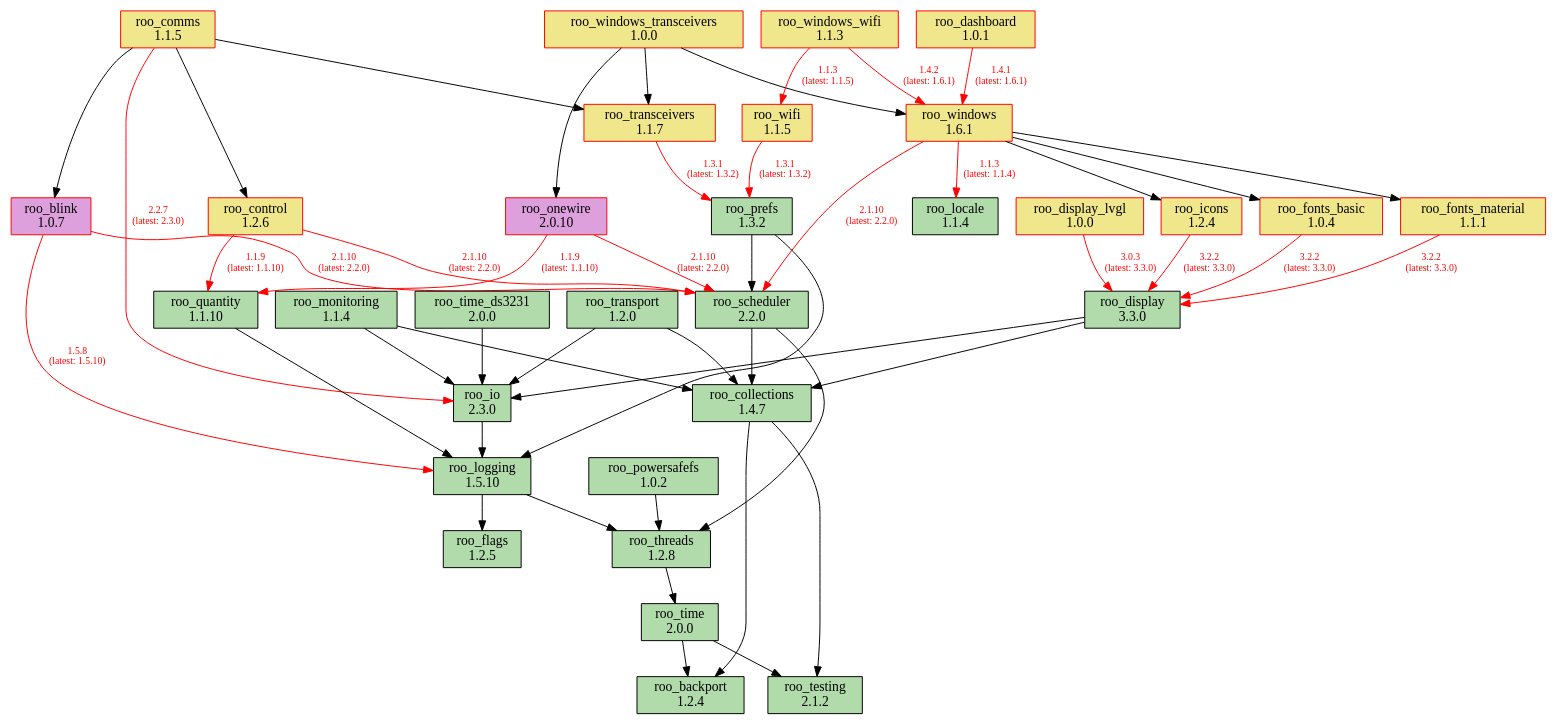
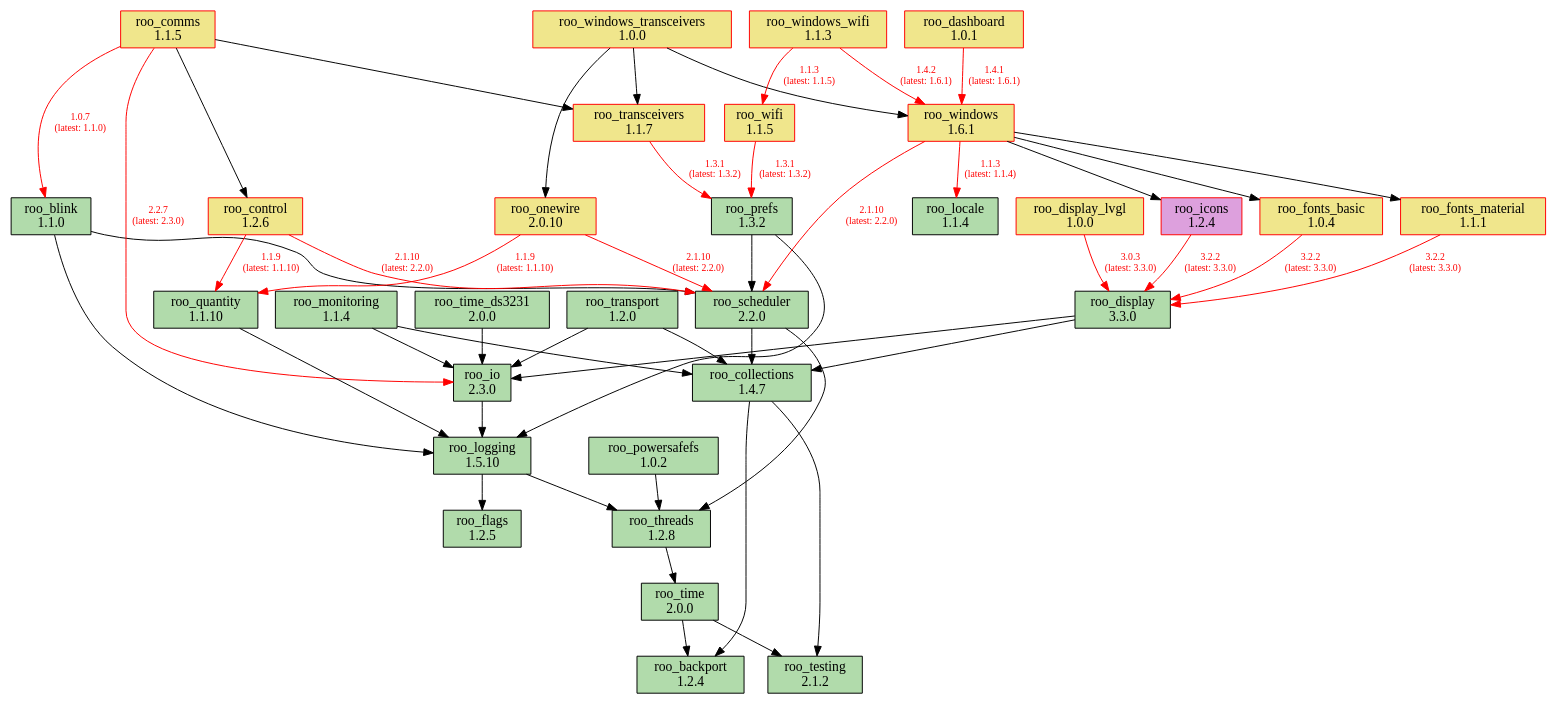
One commit to dejwk/roo-registry changed the diagram in doc/dependencies.dot. Above: the diagram before and after it, drawn with Graphviz. The commit also changed 3 other files, not shown here.

Commit message:
Added roo_blink 1.1.0 to the registry.

```diff
--- a/doc/dependencies.dot
+++ b/doc/dependencies.dot
@@ -1,88 +1,88 @@
 digraph dependencies {
     rankdir=TB;
     node [shape=box, style=filled];
     edge [fontsize=10];
 
     // Modules
     "roo_backport" [label="roo_backport\n1.2.4", fillcolor="#b1dbab", color="black"];
-    "roo_blink" [label="roo_blink\n1.0.7", fillcolor="plum", color="red"];
+    "roo_blink" [label="roo_blink\n1.1.0", fillcolor="#b1dbab", color="black"];
     "roo_collections" [label="roo_collections\n1.4.7", fillcolor="#b1dbab", color="black"];
     "roo_comms" [label="roo_comms\n1.1.5", fillcolor="khaki", color="red"];
     "roo_control" [label="roo_control\n1.2.6", fillcolor="khaki", color="red"];
     "roo_dashboard" [label="roo_dashboard\n1.0.1", fillcolor="khaki", color="red"];
     "roo_display" [label="roo_display\n3.3.0", fillcolor="#b1dbab", color="black"];
     "roo_display_lvgl" [label="roo_display_lvgl\n1.0.0", fillcolor="khaki", color="red"];
     "roo_flags" [label="roo_flags\n1.2.5", fillcolor="#b1dbab", color="black"];
     "roo_fonts_basic" [label="roo_fonts_basic\n1.0.4", fillcolor="khaki", color="red"];
     "roo_fonts_material" [label="roo_fonts_material\n1.1.1", fillcolor="khaki", color="red"];
-    "roo_icons" [label="roo_icons\n1.2.4", fillcolor="khaki", color="red"];
+    "roo_icons" [label="roo_icons\n1.2.4", fillcolor="plum", color="red"];
     "roo_io" [label="roo_io\n2.3.0", fillcolor="#b1dbab", color="black"];
     "roo_locale" [label="roo_locale\n1.1.4", fillcolor="#b1dbab", color="black"];
     "roo_logging" [label="roo_logging\n1.5.10", fillcolor="#b1dbab", color="black"];
     "roo_monitoring" [label="roo_monitoring\n1.1.4", fillcolor="#b1dbab", color="black"];
-    "roo_onewire" [label="roo_onewire\n2.0.10", fillcolor="plum", color="red"];
+    "roo_onewire" [label="roo_onewire\n2.0.10", fillcolor="khaki", color="red"];
     "roo_powersafefs" [label="roo_powersafefs\n1.0.2", fillcolor="#b1dbab", color="black"];
     "roo_prefs" [label="roo_prefs\n1.3.2", fillcolor="#b1dbab", color="black"];
     "roo_quantity" [label="roo_quantity\n1.1.10", fillcolor="#b1dbab", color="black"];
     "roo_scheduler" [label="roo_scheduler\n2.2.0", fillcolor="#b1dbab", color="black"];
     "roo_testing" [label="roo_testing\n2.1.2", fillcolor="#b1dbab", color="black"];
     "roo_threads" [label="roo_threads\n1.2.8", fillcolor="#b1dbab", color="black"];
     "roo_time" [label="roo_time\n2.0.0", fillcolor="#b1dbab", color="black"];
     "roo_time_ds3231" [label="roo_time_ds3231\n2.0.0", fillcolor="#b1dbab", color="black"];
     "roo_transceivers" [label="roo_transceivers\n1.1.7", fillcolor="khaki", color="red"];
     "roo_transport" [label="roo_transport\n1.2.0", fillcolor="#b1dbab", color="black"];
     "roo_wifi" [label="roo_wifi\n1.1.5", fillcolor="khaki", color="red"];
     "roo_windows" [label="roo_windows\n1.6.1", fillcolor="khaki", color="red"];
     "roo_windows_transceivers" [label="roo_windows_transceivers\n1.0.0", fillcolor="khaki", color="red"];
     "roo_windows_wifi" [label="roo_windows_wifi\n1.1.3", fillcolor="khaki", color="red"];
 
     // Dependencies
-    "roo_blink" -> "roo_logging" [color=red, fontcolor=red, label="1.5.8\n(latest: 1.5.10)"];
-    "roo_blink" -> "roo_scheduler" [color=red, fontcolor=red, label="2.1.10\n(latest: 2.2.0)"];
+    "roo_blink" -> "roo_logging";
+    "roo_blink" -> "roo_scheduler";
     "roo_collections" -> "roo_testing";
     "roo_collections" -> "roo_backport";
-    "roo_comms" -> "roo_blink";
+    "roo_comms" -> "roo_blink" [color=red, fontcolor=red, label="1.0.7\n(latest: 1.1.0)"];
     "roo_comms" -> "roo_control";
     "roo_comms" -> "roo_io" [color=red, fontcolor=red, label="2.2.7\n(latest: 2.3.0)"];
     "roo_comms" -> "roo_transceivers";
     "roo_control" -> "roo_quantity" [color=red, fontcolor=red, label="1.1.9\n(latest: 1.1.10)"];
     "roo_control" -> "roo_scheduler" [color=red, fontcolor=red, label="2.1.10\n(latest: 2.2.0)"];
     "roo_dashboard" -> "roo_windows" [color=red, fontcolor=red, label="1.4.1\n(latest: 1.6.1)"];
     "roo_display" -> "roo_collections";
     "roo_display" -> "roo_io";
     "roo_display_lvgl" -> "roo_display" [color=red, fontcolor=red, label="3.0.3\n(latest: 3.3.0)"];
     "roo_fonts_basic" -> "roo_display" [color=red, fontcolor=red, label="3.2.2\n(latest: 3.3.0)"];
     "roo_fonts_material" -> "roo_display" [color=red, fontcolor=red, label="3.2.2\n(latest: 3.3.0)"];
     "roo_icons" -> "roo_display" [color=red, fontcolor=red, label="3.2.2\n(latest: 3.3.0)"];
     "roo_io" -> "roo_logging";
     "roo_logging" -> "roo_flags";
     "roo_logging" -> "roo_threads";
     "roo_monitoring" -> "roo_collections";
     "roo_monitoring" -> "roo_io";
     "roo_onewire" -> "roo_scheduler" [color=red, fontcolor=red, label="2.1.10\n(latest: 2.2.0)"];
     "roo_onewire" -> "roo_quantity" [color=red, fontcolor=red, label="1.1.9\n(latest: 1.1.10)"];
     "roo_powersafefs" -> "roo_threads";
     "roo_prefs" -> "roo_logging";
     "roo_prefs" -> "roo_scheduler";
     "roo_quantity" -> "roo_logging";
     "roo_scheduler" -> "roo_collections";
     "roo_scheduler" -> "roo_threads";
     "roo_threads" -> "roo_time";
     "roo_time" -> "roo_testing";
     "roo_time" -> "roo_backport";
     "roo_time_ds3231" -> "roo_io";
     "roo_transceivers" -> "roo_prefs" [color=red, fontcolor=red, label="1.3.1\n(latest: 1.3.2)"];
     "roo_transport" -> "roo_collections";
     "roo_transport" -> "roo_io";
     "roo_wifi" -> "roo_prefs" [color=red, fontcolor=red, label="1.3.1\n(latest: 1.3.2)"];
     "roo_windows" -> "roo_fonts_basic";
     "roo_windows" -> "roo_fonts_material";
     "roo_windows" -> "roo_locale" [color=red, fontcolor=red, label="1.1.3\n(latest: 1.1.4)"];
     "roo_windows" -> "roo_icons";
     "roo_windows" -> "roo_scheduler" [color=red, fontcolor=red, label="2.1.10\n(latest: 2.2.0)"];
     "roo_windows_transceivers" -> "roo_onewire";
     "roo_windows_transceivers" -> "roo_transceivers";
     "roo_windows_transceivers" -> "roo_windows";
     "roo_windows_wifi" -> "roo_wifi" [color=red, fontcolor=red, label="1.1.3\n(latest: 1.1.5)"];
     "roo_windows_wifi" -> "roo_windows" [color=red, fontcolor=red, label="1.4.2\n(latest: 1.6.1)"];
 }
```
